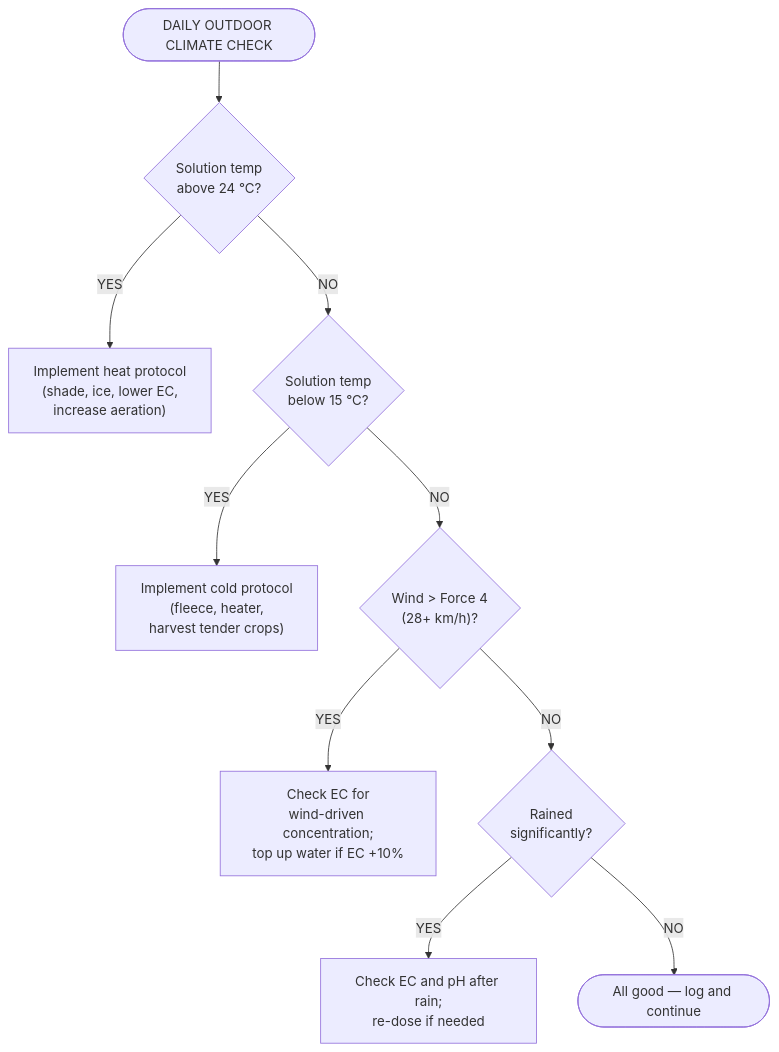
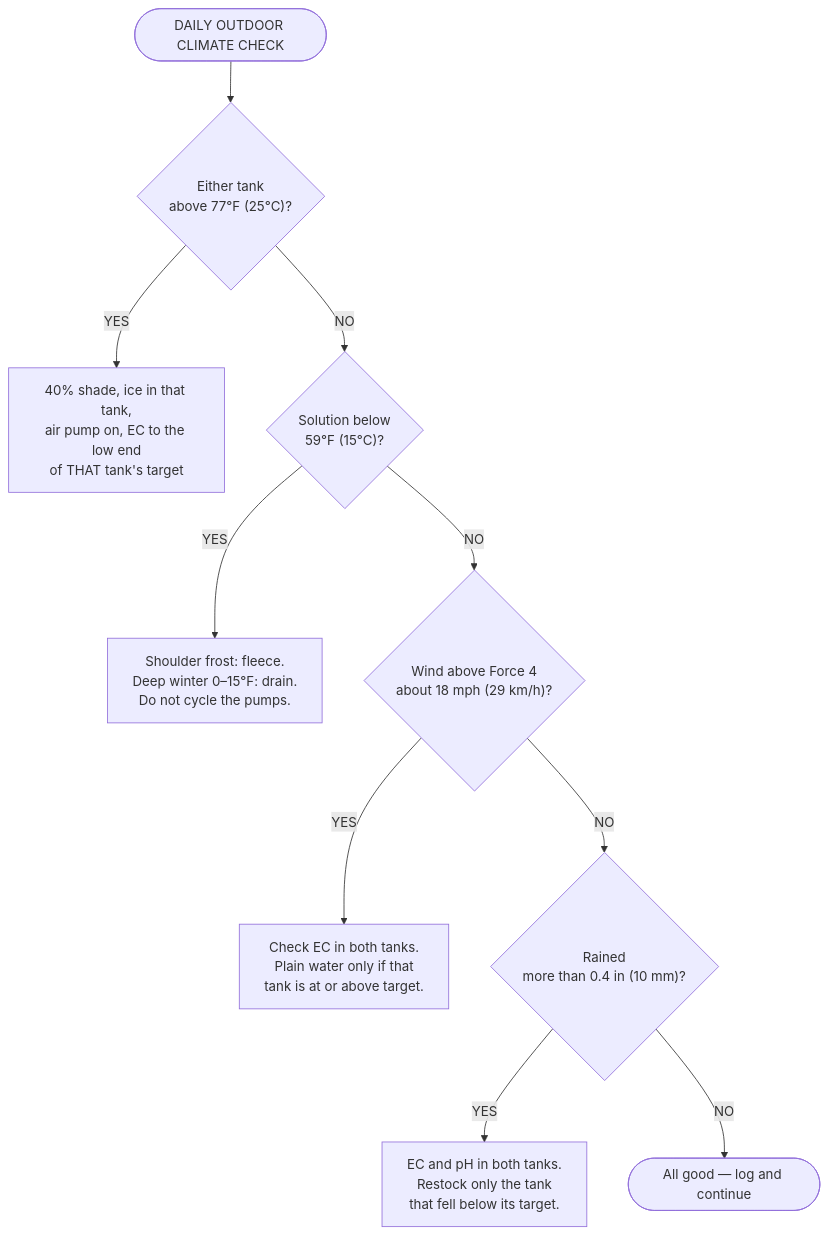
One commit to UncleJS/guide_hydroponics changed diagram 11 of 11 in guide/nft/10-climate-management.md. Above: the diagram before and after it, drawn with Mermaid. The commit also changed other lines of this file and 35 other files, not shown here.

````diff
--- a/guide/nft/10-climate-management.md
+++ b/guide/nft/10-climate-management.md
@@ -914,23 +955,23 @@
 ```mermaid
 flowchart TD
     START(["DAILY OUTDOOR CLIMATE CHECK"])
-    Q1{"Solution temp<br/>above 24 °C?"}
-    HEAT["Implement heat protocol<br/>(shade, ice, lower EC,<br/>increase aeration)"]
-    Q2{"Solution temp<br/>below 15 °C?"}
-    COLD["Implement cold protocol<br/>(fleece, heater,<br/>harvest tender crops)"]
-    Q3{"Wind &gt; Force 4<br/>(28+ km/h)?"}
-    WIND["Check EC for<br/>wind-driven concentration;<br/>top up water if EC +10%"]
-    Q4{"Rained<br/>significantly?"}
-    RAIN["Check EC and pH after rain;<br/>re-dose if needed"]
+    Q1{"Either tank<br/>above 77°F (25°C)?"}
+    HEAT["40% shade, ice in that tank,<br/>air pump on, EC to the low end<br/>of THAT tank's target"]
+    Q2{"Solution below<br/>59°F (15°C)?"}
+    COLD["Shoulder frost: fleece.<br/>Deep winter 0–15°F: drain.<br/>Do not cycle the pumps."]
+    Q3{"Wind above Force 4<br/>about 18 mph (29 km/h)?"}
+    WIND["Check EC in both tanks.<br/>Plain water only if that<br/>tank is at or above target."]
+    Q4{"Rained<br/>more than 0.4 in (10 mm)?"}
+    RAIN["EC and pH in both tanks.<br/>Restock only the tank<br/>that fell below its target."]
     OK(["All good — log and continue"])
 
     START --> Q1
     Q1 -->|YES| HEAT
     Q1 -->|NO| Q2
     Q2 -->|YES| COLD
     Q2 -->|NO| Q3
     Q3 -->|YES| WIND
     Q3 -->|NO| Q4
     Q4 -->|YES| RAIN
     Q4 -->|NO| OK
 ```
````
